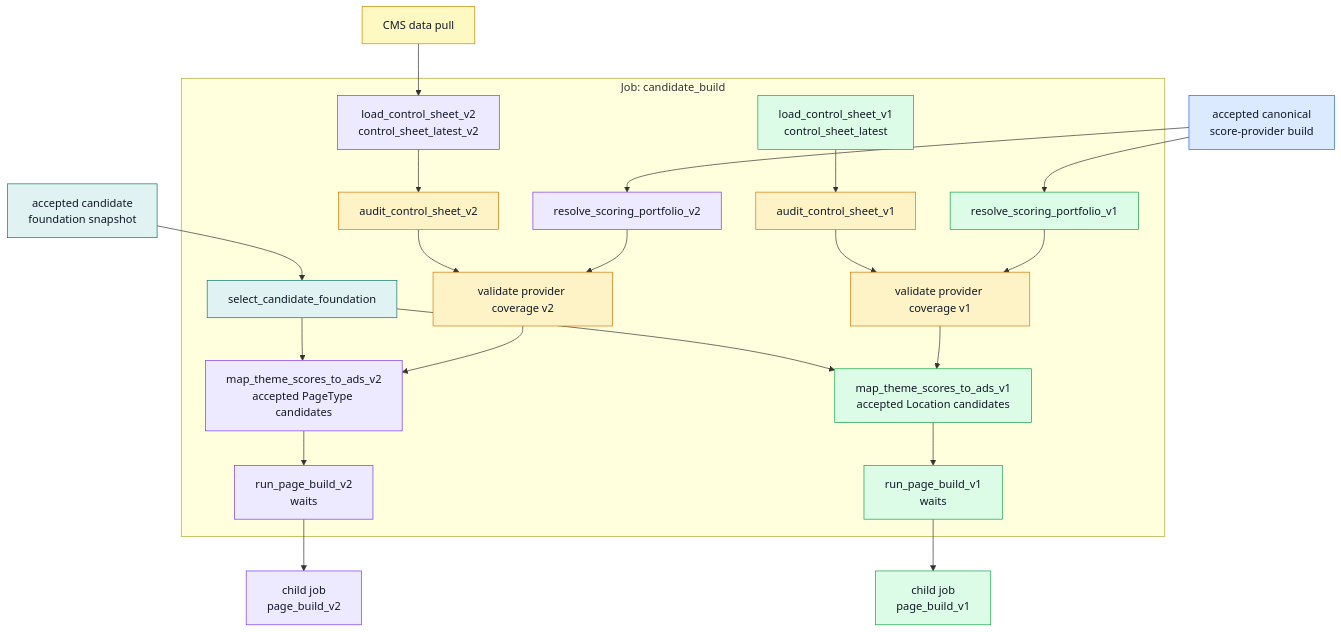
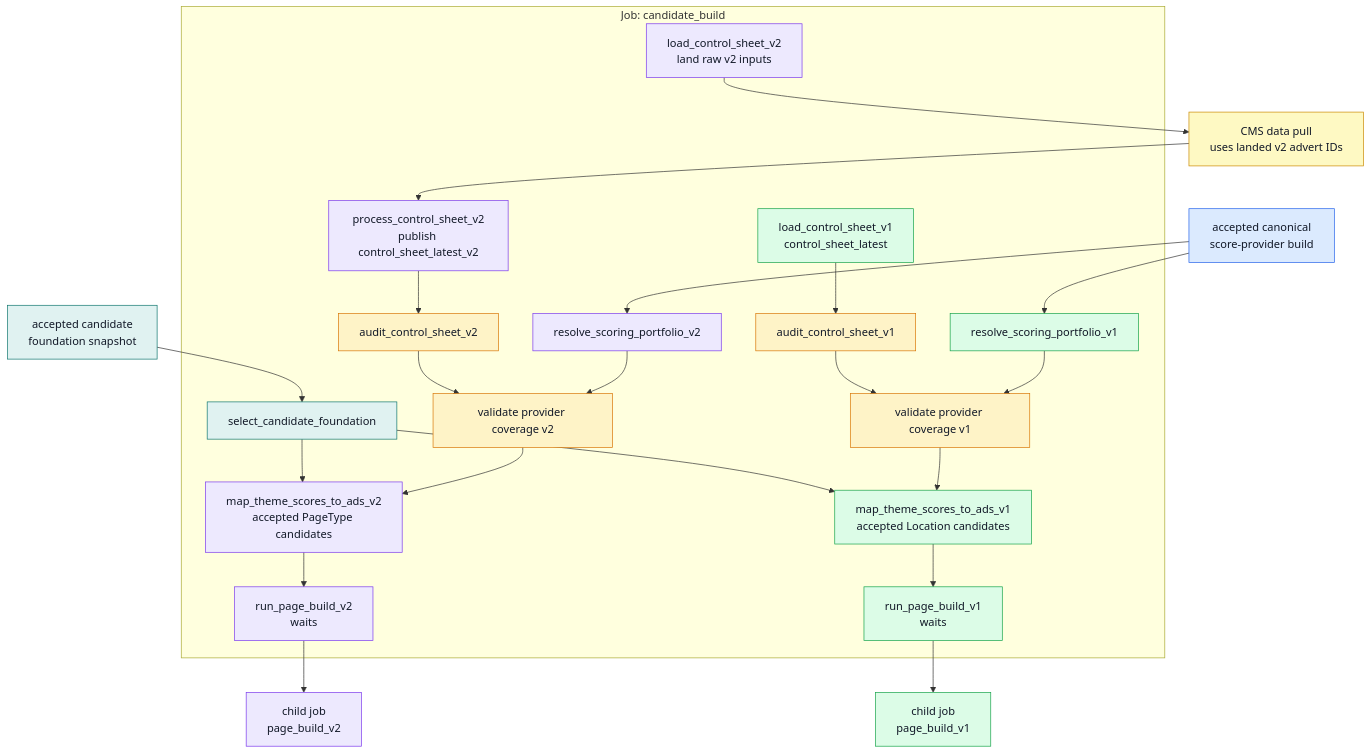
The third of 8 diagrams in docs/CICD/nextads_databricks_runtime_map.md (swblain-glyndwr/personal_project), drawn with Mermaid before and after one commit. The commit also changed other lines of this file and 5 other files, not shown here.

Commit message:
Order v2 control loading before CMS refresh

````diff
--- a/docs/CICD/nextads_databricks_runtime_map.md
+++ b/docs/CICD/nextads_databricks_runtime_map.md
@@ -206,47 +206,48 @@
 ```mermaid
 flowchart TD
   classDef sharedModel fill:#dbeafe,stroke:#2563eb,color:#111827
   classDef sharedTask fill:#e0f2f1,stroke:#0f766e,color:#111827
   classDef v1 fill:#dcfce7,stroke:#16a34a,color:#111827
   classDef v2 fill:#ede9fe,stroke:#7c3aed,color:#111827
   classDef guardrail fill:#fef3c7,stroke:#d97706,color:#111827
   classDef external fill:#fef9c3,stroke:#ca8a04,color:#111827
 
   provider_build["accepted canonical<br/>score-provider build"]:::sharedModel
   foundation_build["accepted candidate<br/>foundation snapshot"]:::sharedTask
-  cms_pull["CMS data pull"]:::external
+  cms_pull["CMS data pull<br/>uses landed v2 advert IDs"]:::external
 
   subgraph CANDIDATE_JOB["Job: candidate_build"]
     select_candidate_foundation["select_candidate_foundation"]:::sharedTask
     load_control_sheet_v1["load_control_sheet_v1<br/>control_sheet_latest"]:::v1
     audit_control_sheet_v1["audit_control_sheet_v1"]:::guardrail
-    load_control_sheet_v2["load_control_sheet_v2<br/>control_sheet_latest_v2"]:::v2
+    load_control_sheet_v2["load_control_sheet_v2<br/>land raw v2 inputs"]:::v2
+    process_control_sheet_v2["process_control_sheet_v2<br/>publish control_sheet_latest_v2"]:::v2
     audit_control_sheet_v2["audit_control_sheet_v2"]:::guardrail
     select_provider_v1["resolve_scoring_portfolio_v1"]:::v1
     select_provider_v2["resolve_scoring_portfolio_v2"]:::v2
     validate_provider_coverage_v1["validate provider coverage v1"]:::guardrail
     validate_provider_coverage_v2["validate provider coverage v2"]:::guardrail
     map_theme_scores_to_ads_v1["map_theme_scores_to_ads_v1<br/>accepted Location candidates"]:::v1
     map_theme_scores_to_ads_v2["map_theme_scores_to_ads_v2<br/>accepted PageType candidates"]:::v2
     run_page_build_v1["run_page_build_v1<br/>waits"]:::v1
     run_page_build_v2["run_page_build_v2<br/>waits"]:::v2
   end
 
   foundation_build --> select_candidate_foundation
   load_control_sheet_v1 --> audit_control_sheet_v1
-  cms_pull --> load_control_sheet_v2 --> audit_control_sheet_v2
+  load_control_sheet_v2 --> cms_pull --> process_control_sheet_v2 --> audit_control_sheet_v2
   provider_build --> select_provider_v1
   provider_build --> select_provider_v2
   audit_control_sheet_v1 --> validate_provider_coverage_v1
   select_provider_v1 --> validate_provider_coverage_v1
   audit_control_sheet_v2 --> validate_provider_coverage_v2
   select_provider_v2 --> validate_provider_coverage_v2
   select_candidate_foundation --> map_theme_scores_to_ads_v1
   select_candidate_foundation --> map_theme_scores_to_ads_v2
   validate_provider_coverage_v1 --> map_theme_scores_to_ads_v1
   validate_provider_coverage_v2 --> map_theme_scores_to_ads_v2
   map_theme_scores_to_ads_v1 --> run_page_build_v1
   map_theme_scores_to_ads_v2 --> run_page_build_v2
   run_page_build_v1 --> page_build["child job<br/>page_build_v1"]:::v1
   run_page_build_v2 --> page_build_v2["child job<br/>page_build_v2"]:::v2
 ```
````
